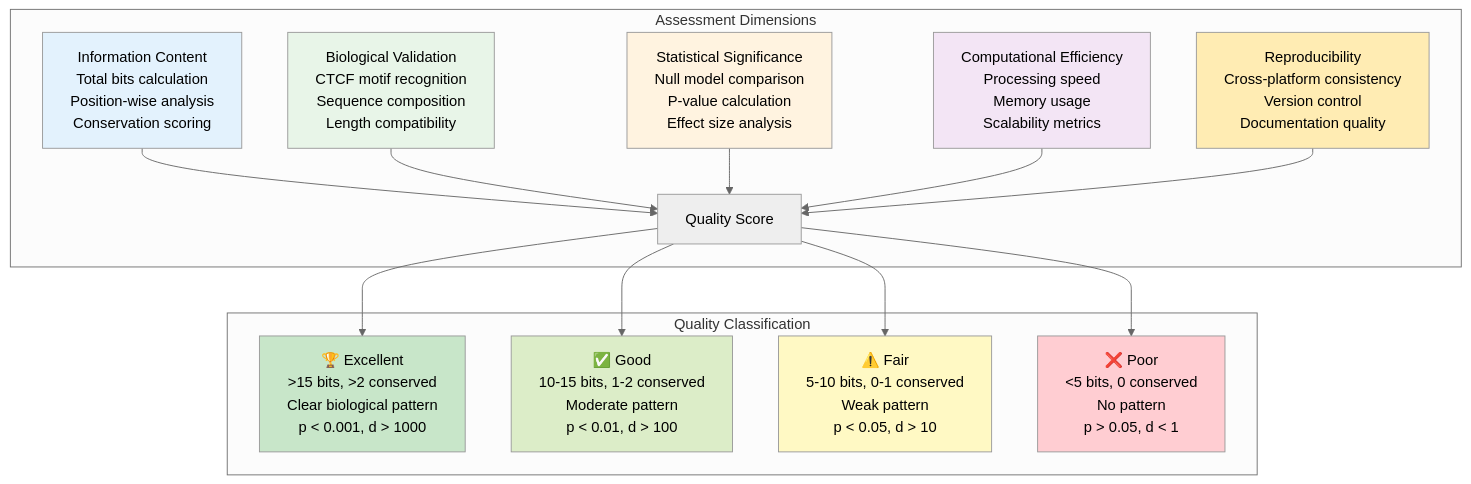
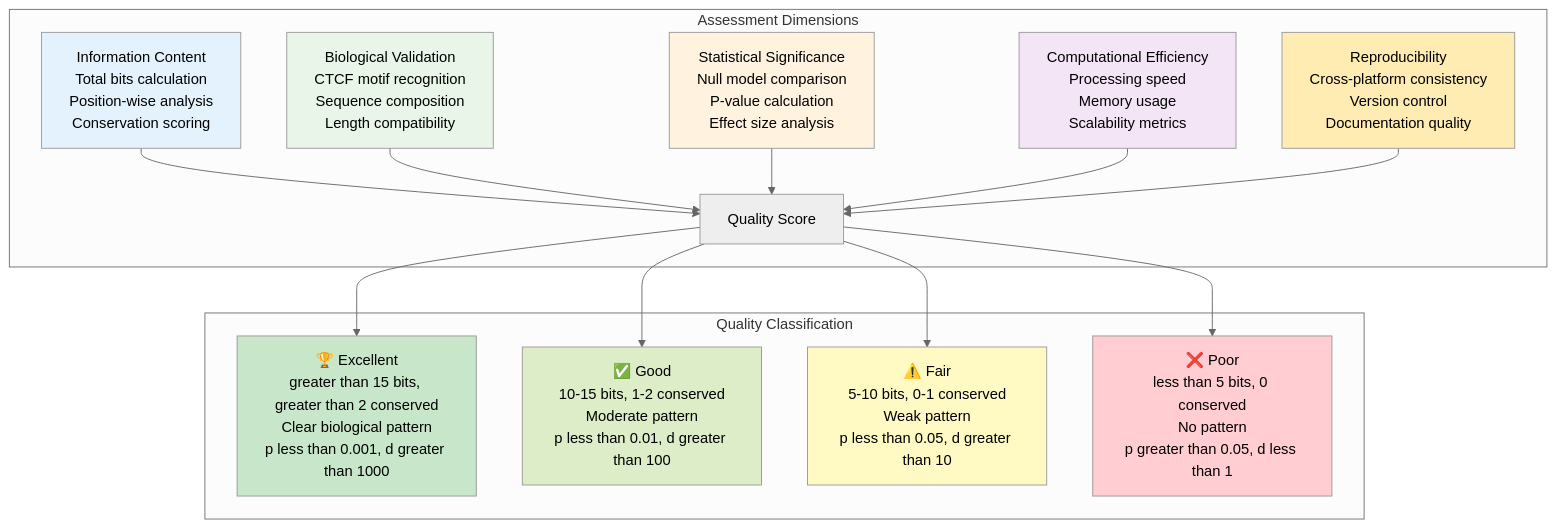
Before and after one commit to iiyyll01lin/ctcf-predictor: diagram 21 of 27 in slides/ctcf_pwm_presentation.md, drawn with Mermaid (neutral theme). The commit also changed other lines of this file, not shown here.

Commit message:
[slides] correct mermaid sytax error

````diff
--- a/slides/ctcf_pwm_presentation.md
+++ b/slides/ctcf_pwm_presentation.md
@@ -682,31 +686,31 @@
 ```mermaid
 graph TD
     subgraph "Assessment Dimensions"
         A[Information Content<br/>Total bits calculation<br/>Position-wise analysis<br/>Conservation scoring] --> F[Quality Score]
         
         B[Biological Validation<br/>CTCF motif recognition<br/>Sequence composition<br/>Length compatibility] --> F
         
         C[Statistical Significance<br/>Null model comparison<br/>P-value calculation<br/>Effect size analysis] --> F
         
         D[Computational Efficiency<br/>Processing speed<br/>Memory usage<br/>Scalability metrics] --> F
         
         E[Reproducibility<br/>Cross-platform consistency<br/>Version control<br/>Documentation quality] --> F
     end
     
     subgraph "Quality Classification"
-        F --> G[🏆 Excellent<br/>>15 bits, >2 conserved<br/>Clear biological pattern<br/>p < 0.001, d > 1000]
-        F --> H[✅ Good<br/>10-15 bits, 1-2 conserved<br/>Moderate pattern<br/>p < 0.01, d > 100]
-        F --> I[⚠️ Fair<br/>5-10 bits, 0-1 conserved<br/>Weak pattern<br/>p < 0.05, d > 10]
-        F --> J[❌ Poor<br/><5 bits, 0 conserved<br/>No pattern<br/>p > 0.05, d < 1]
+        F --> G[🏆 Excellent<br/>greater than 15 bits, greater than 2 conserved<br/>Clear biological pattern<br/>p less than 0.001, d greater than 1000]
+        F --> H[✅ Good<br/>10-15 bits, 1-2 conserved<br/>Moderate pattern<br/>p less than 0.01, d greater than 100]
+        F --> I[⚠️ Fair<br/>5-10 bits, 0-1 conserved<br/>Weak pattern<br/>p less than 0.05, d greater than 10]
+        F --> J[❌ Poor<br/>less than 5 bits, 0 conserved<br/>No pattern<br/>p greater than 0.05, d less than 1]
     end
     
     style A fill:#e3f2fd
     style B fill:#e8f5e8
     style C fill:#fff3e0
     style D fill:#f3e5f5
     style E fill:#ffecb3
     style G fill:#c8e6c9
     style H fill:#dcedc8
     style I fill:#fff9c4
     style J fill:#ffcdd2
 ```
````
